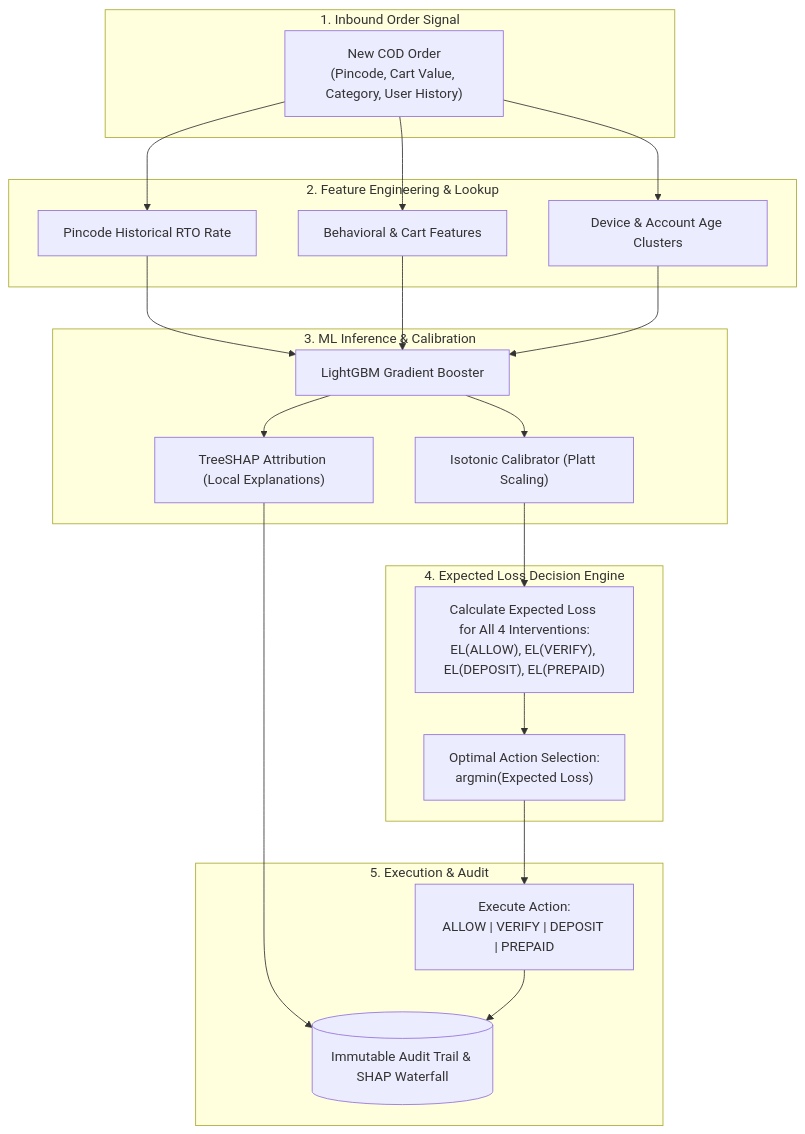
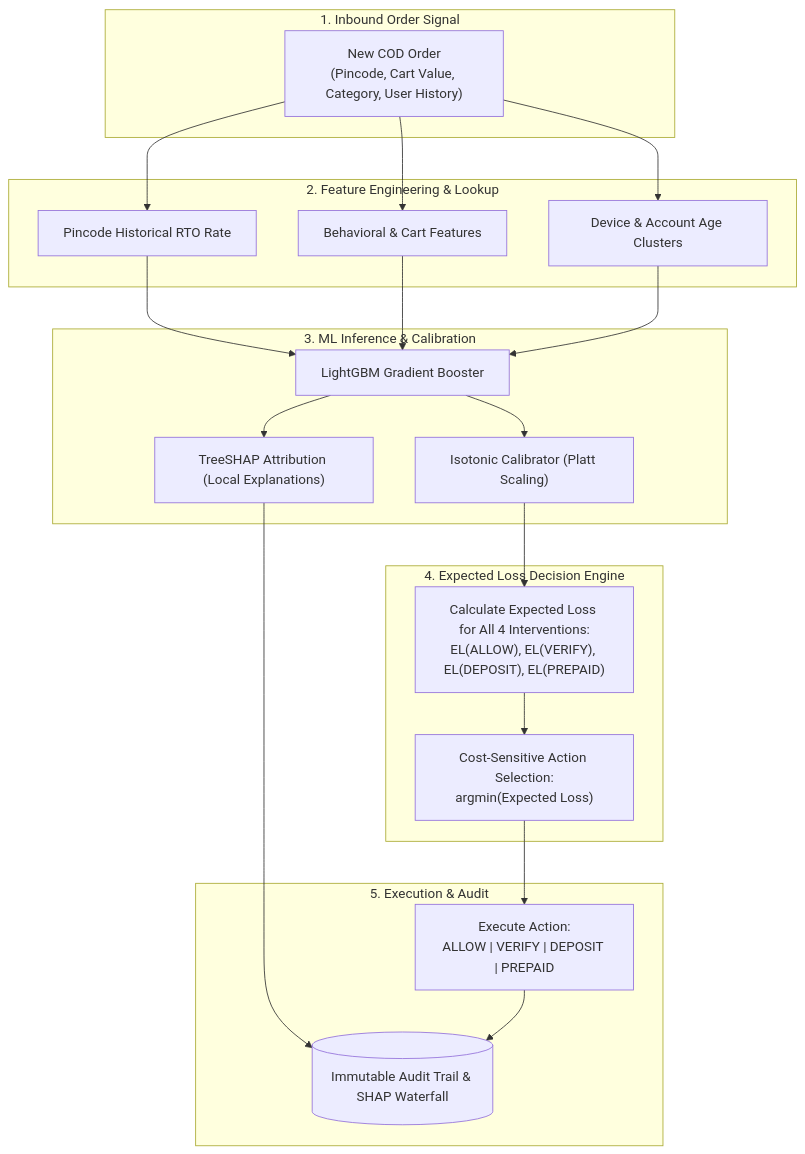
The diagram in README.md (mahirbhat70-eng/rto-shield), drawn with Mermaid before and after one commit. The commit also changed other lines of this file and 25 other files, not shown here.

````diff
--- a/README.md
+++ b/README.md
@@ -105,38 +115,39 @@
 ```mermaid
 flowchart TD
     subgraph Input ["1. Inbound Order Signal"]
         O["New COD Order\n(Pincode, Cart Value, Category, User History)"]
     end
 
     subgraph Feature ["2. Feature Engineering & Lookup"]
         F1["Pincode Historical RTO Rate"]
         F2["Behavioral & Cart Features"]
         F3["Device & Account Age Clusters"]
     end
 
     subgraph ML ["3. ML Inference & Calibration"]
         LGBM["LightGBM Gradient Booster"]
         CAL["Isotonic Calibrator (Platt Scaling)"]
         SHAP["TreeSHAP Attribution (Local Explanations)"]
     end
 
     subgraph Cost ["4. Expected Loss Decision Engine"]
         EL["Calculate Expected Loss for All 4 Interventions:\nEL(ALLOW), EL(VERIFY), EL(DEPOSIT), EL(PREPAID)"]
-        ARGMIN["Optimal Action Selection:\nargmin(Expected Loss)"]
+        ARGMIN["Cost-Sensitive Action Selection:\nargmin(Expected Loss)"]
     end
 
     subgraph Output ["5. Execution & Audit"]
         DEC["Execute Action:\nALLOW | VERIFY | DEPOSIT | PREPAID"]
         LOG[("Immutable Audit Trail & SHAP Waterfall")]
+
     end
 
     O --> F1 & F2 & F3
     F1 & F2 & F3 --> LGBM
     LGBM --> CAL
     LGBM --> SHAP
     CAL --> EL
     SHAP --> LOG
     EL --> ARGMIN
     ARGMIN --> DEC
     DEC --> LOG
 ```
````
